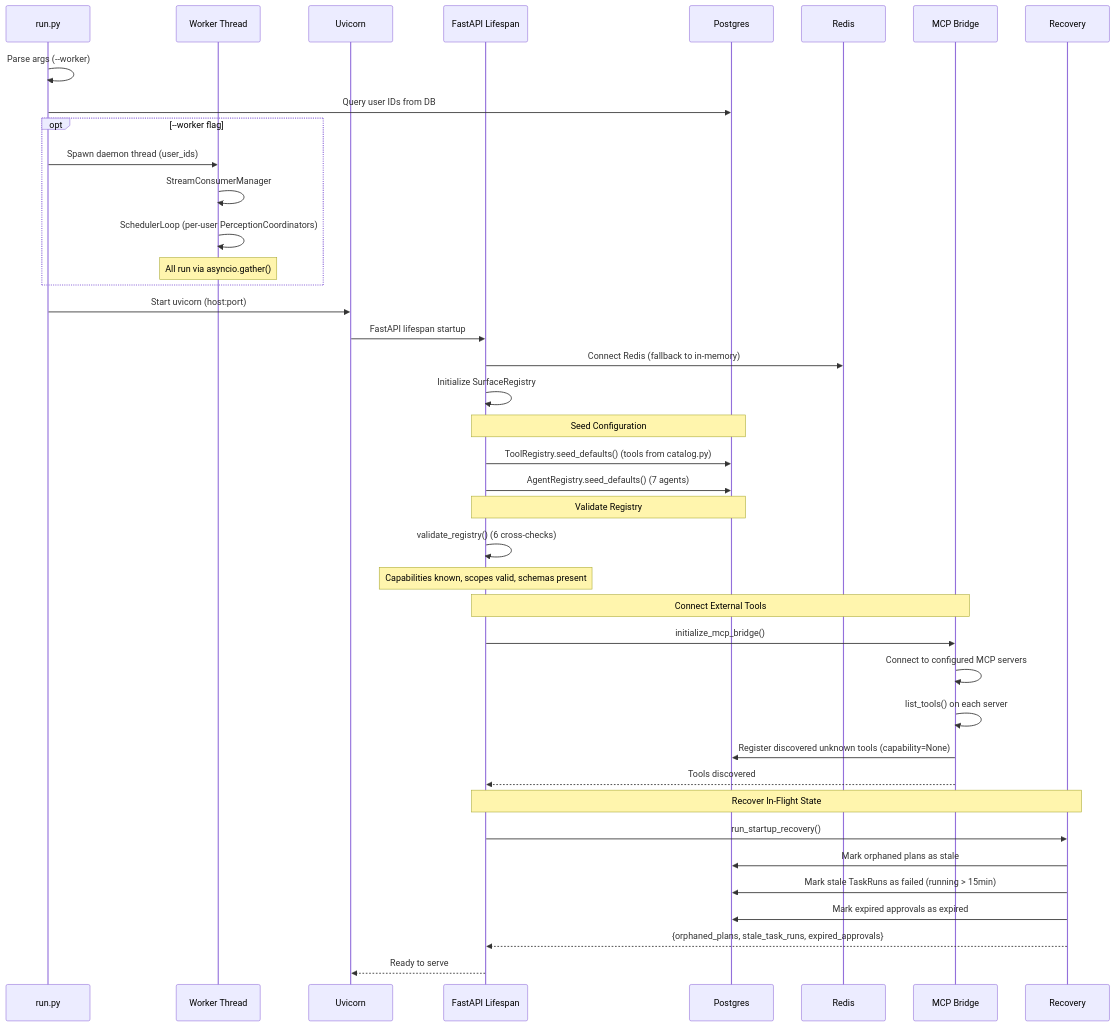
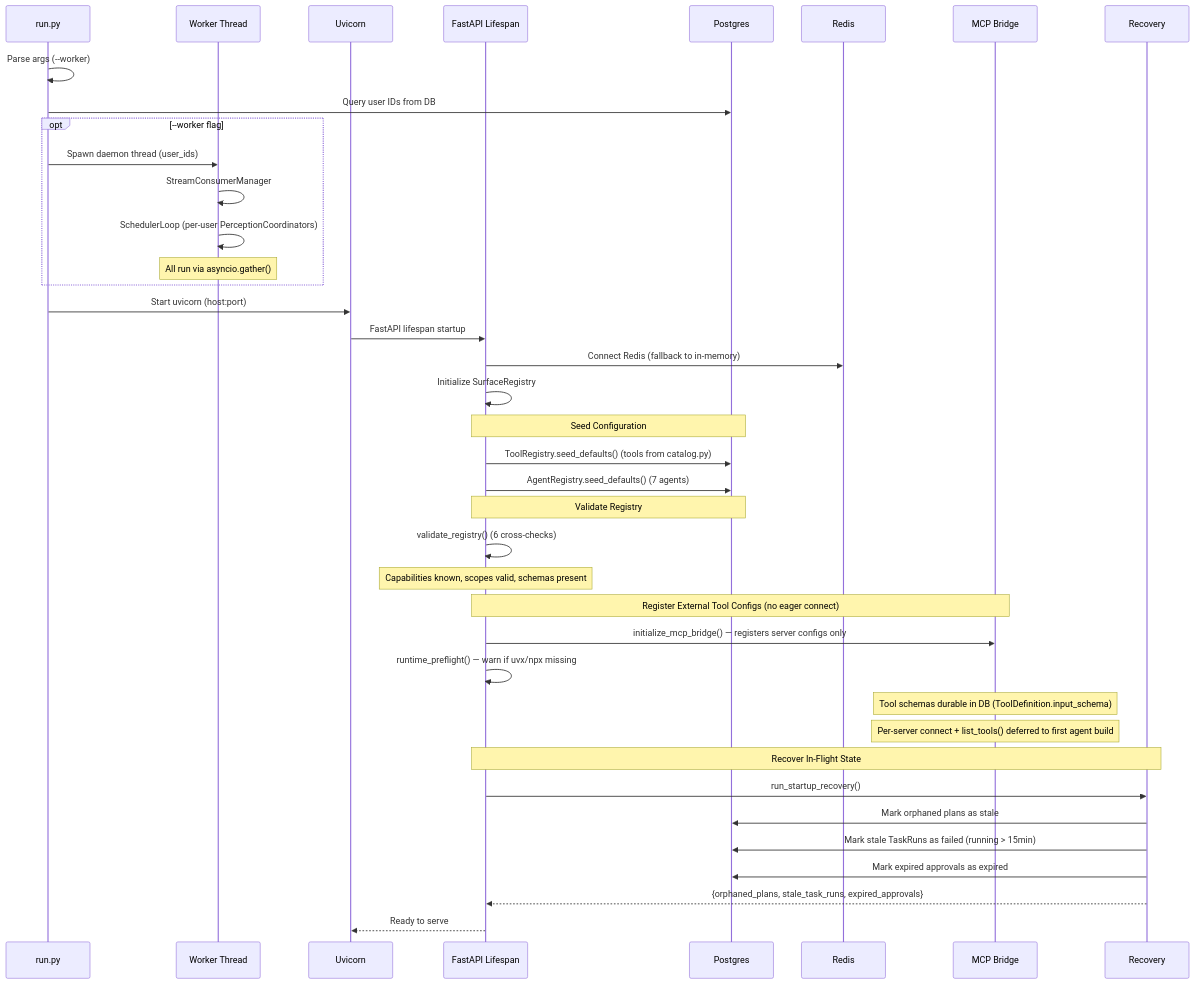
Before and after one commit to shivadharmi/muldro: the first of 3 diagrams in docs/architecture/startup.md, drawn with Mermaid. The commit also changed 2 other files, not shown here.

Commit message:
docs: describe on-demand Docker-free MCP architecture

````diff
--- a/docs/architecture/startup.md
+++ b/docs/architecture/startup.md
@@ -5,51 +5,50 @@
 ```mermaid
 sequenceDiagram
     participant R as run.py
     participant W as Worker Thread
     participant UV as Uvicorn
     participant APP as FastAPI Lifespan
     participant DB as Postgres
     participant RD as Redis
     participant MCP as MCP Bridge
     participant REC as Recovery
 
     R->>R: Parse args (--worker)
     R->>DB: Query user IDs from DB
 
     opt --worker flag
         R->>W: Spawn daemon thread (user_ids)
         W->>W: StreamConsumerManager
         W->>W: SchedulerLoop (per-user PerceptionCoordinators)
         Note over W: All run via asyncio.gather()
     end
 
     R->>UV: Start uvicorn (host:port)
     UV->>APP: FastAPI lifespan startup
 
     APP->>RD: Connect Redis (fallback to in-memory)
     APP->>APP: Initialize SurfaceRegistry
 
     Note over APP,DB: Seed Configuration
     APP->>DB: ToolRegistry.seed_defaults() (tools from catalog.py)
     APP->>DB: AgentRegistry.seed_defaults() (7 agents)
 
     Note over APP,DB: Validate Registry
     APP->>APP: validate_registry() (6 cross-checks)
     Note over APP: Capabilities known, scopes valid, schemas present
 
-    Note over APP,MCP: Connect External Tools
-    APP->>MCP: initialize_mcp_bridge()
-    MCP->>MCP: Connect to configured MCP servers
-    MCP->>MCP: list_tools() on each server
-    MCP->>DB: Register discovered unknown tools (capability=None)
-    MCP-->>APP: Tools discovered
+    Note over APP,MCP: Register External Tool Configs (no eager connect)
+    APP->>MCP: initialize_mcp_bridge() — registers server configs only
+    APP->>APP: runtime_preflight() — warn if uvx/npx missing
+    Note over MCP: Tool schemas durable in DB (ToolDefinition.input_schema)
+    Note over MCP: Per-server connect + list_tools() deferred to first agent build
 
     Note over APP,REC: Recover In-Flight State
     APP->>REC: run_startup_recovery()
     REC->>DB: Mark orphaned plans as stale
     REC->>DB: Mark stale TaskRuns as failed (running > 15min)
     REC->>DB: Mark expired approvals as expired
     REC-->>APP: {orphaned_plans, stale_task_runs, expired_approvals}
 
     APP-->>UV: Ready to serve
 ```
````
